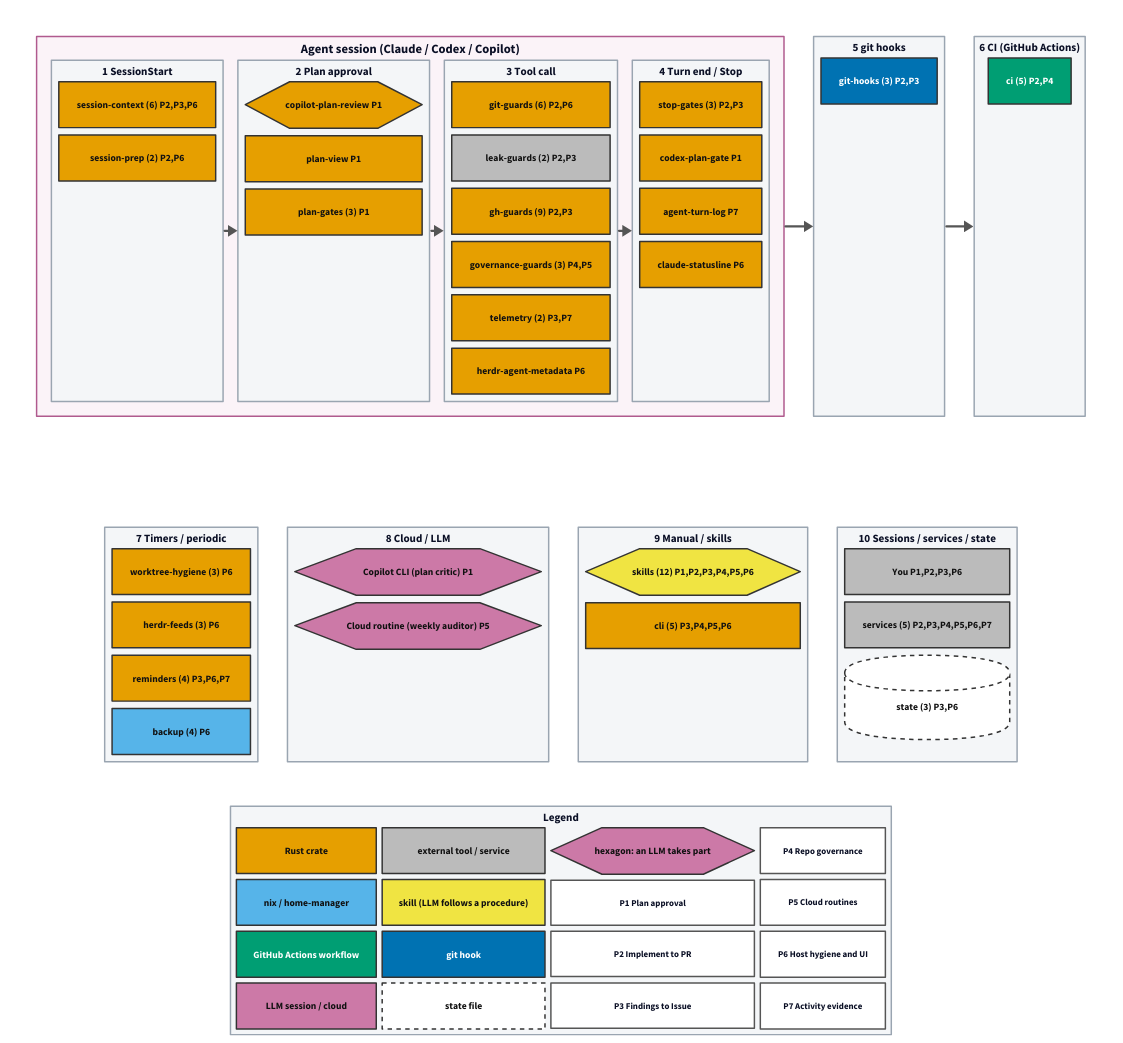
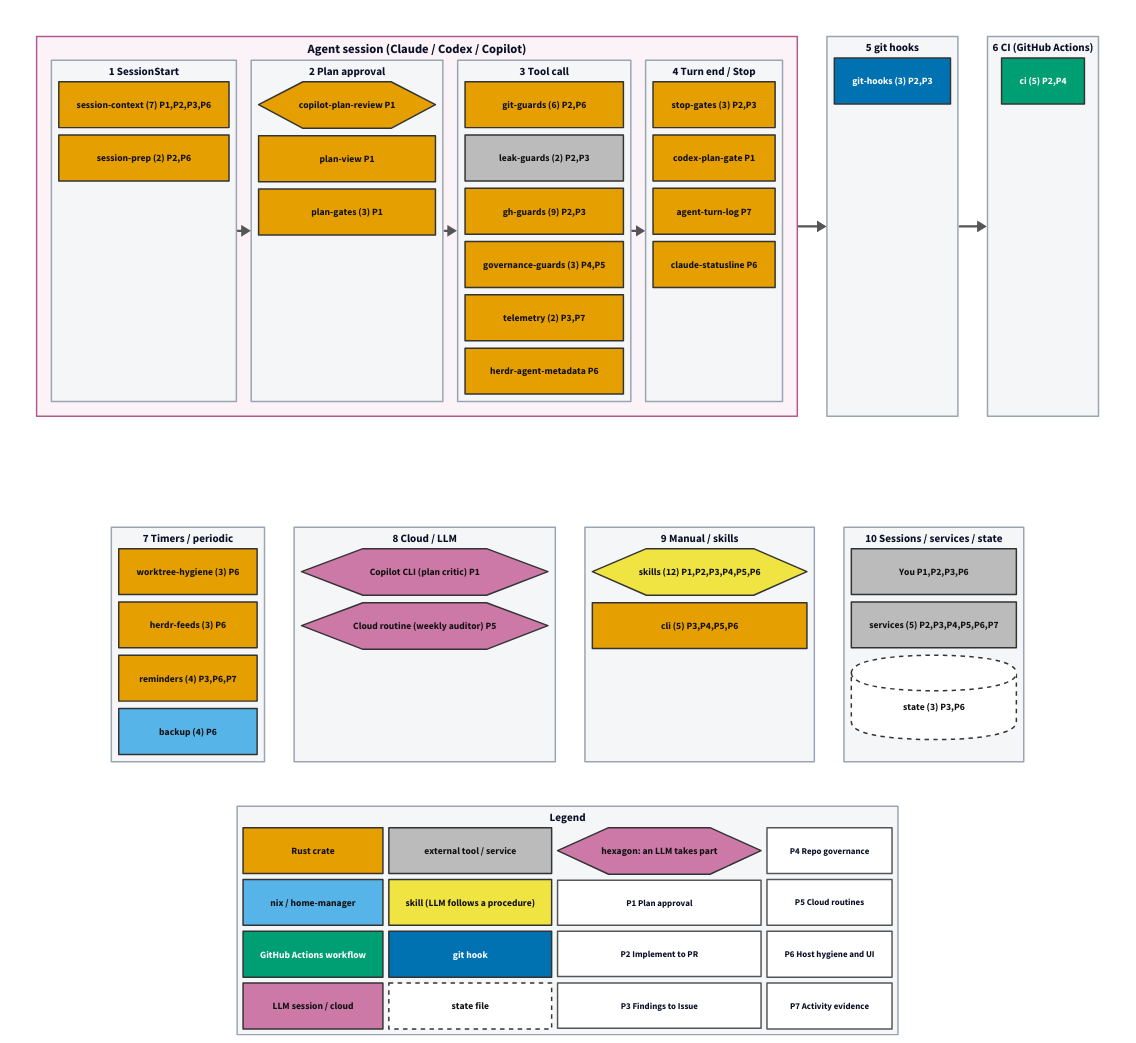
The diagram in docs/assets/pipeline-map/overview.d2 (tarotene/dotfiles), drawn with D2 before and after one commit. The commit also changed 9 other files, not shown here.

Commit message:
feat(gate-failopen-advisory): SessionStart hook を Claude と Codex に登録し、地図と設計メモを足す (#822)

```diff
--- a/docs/assets/pipeline-map/overview.d2
+++ b/docs/assets/pipeline-map/overview.d2
@@ -178,7 +178,7 @@
       class: lane
       grid-columns: 1
       grid-gap: 10
-      g_session_context: "session-context (6)  P2,P3,P6" {
+      g_session_context: "session-context (7)  P1,P2,P3,P6" {
         class: s_rust
       }
       g_session_prep: "session-prep (2)  P2,P6" {
```
